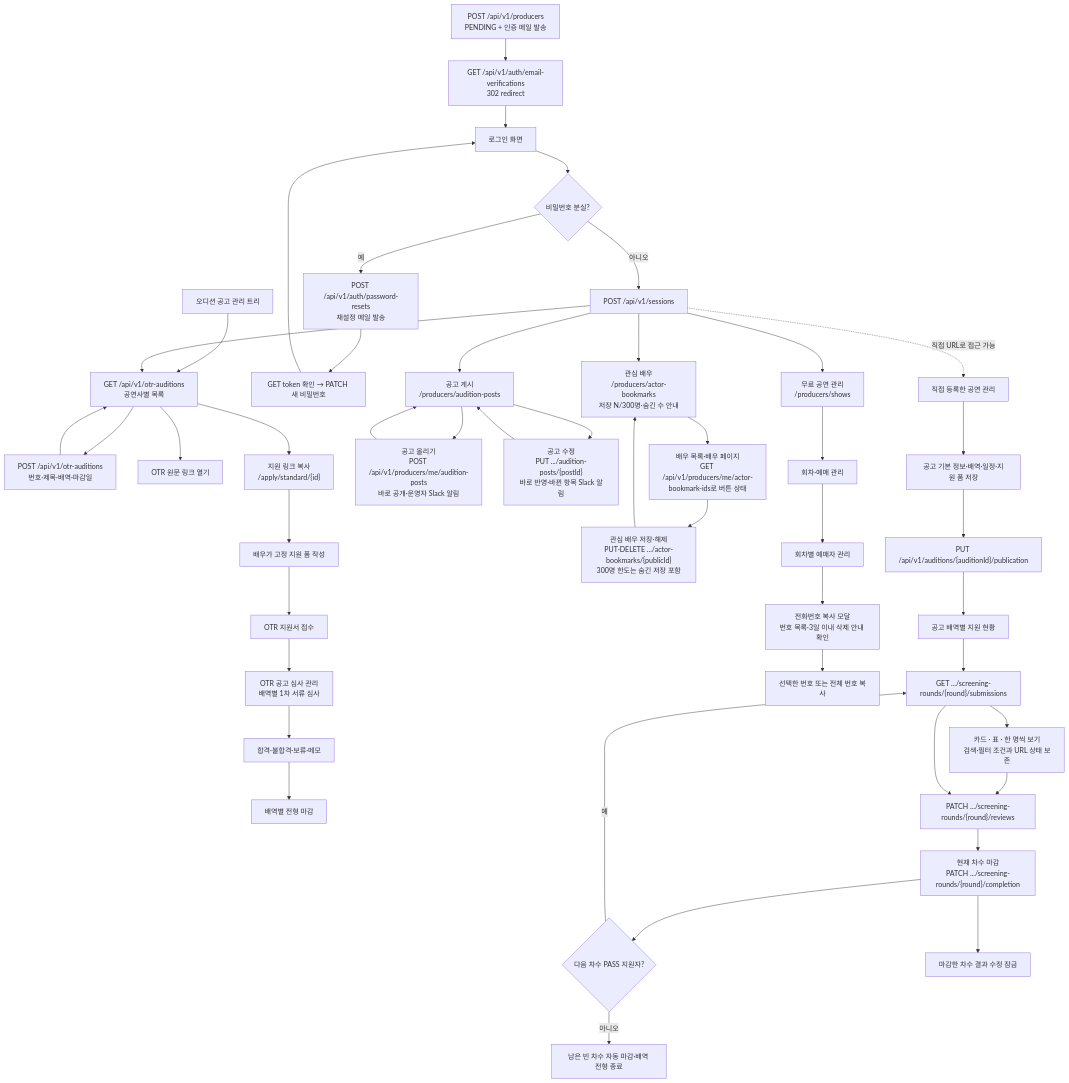
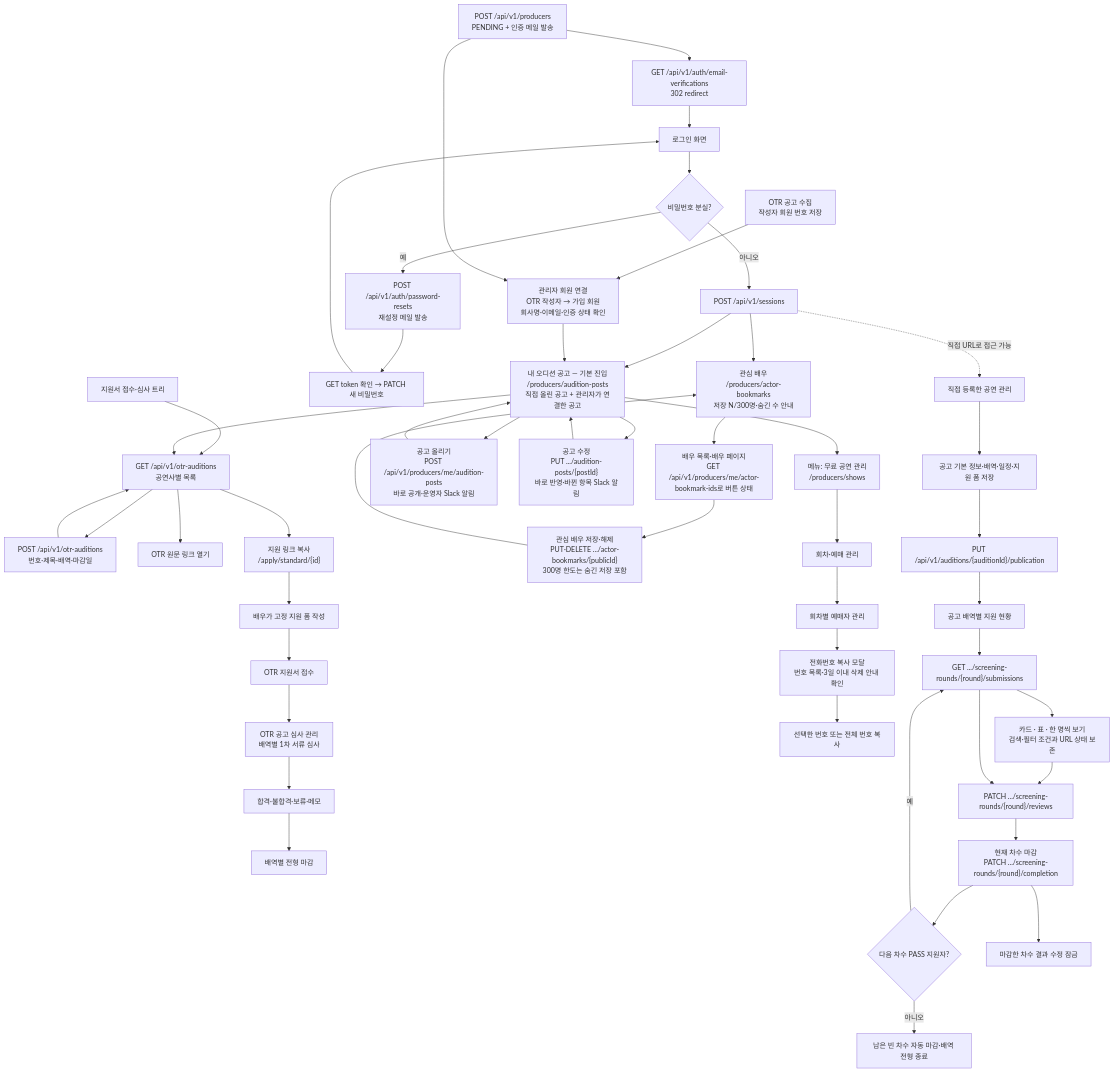
Before and after one commit to woowacourse-teams/2026-yesulin: the diagram in frontend/docs/user-flows/producer.mmd, drawn with Mermaid. The commit also changed 28 other files, not shown here.

```diff
--- a/frontend/docs/user-flows/producer.mmd
+++ b/frontend/docs/user-flows/producer.mmd
@@ -1,46 +1,49 @@
 flowchart TD
-    OTR_TREE["오디션 공고 관리 트리"] --> OTR_LIST["GET /api/v1/otr-auditions<br>공연사별 목록"]
+    OTR_TREE["지원서 접수·심사 트리"] --> OTR_LIST["GET /api/v1/otr-auditions<br>공연사별 목록"]
     OTR_LIST --> OTR_CREATE["POST /api/v1/otr-auditions<br>번호·제목·배역·마감일"]
     OTR_CREATE --> OTR_LIST
     OTR_LIST --> OTR_SOURCE["OTR 원문 링크 열기"]
     OTR_LIST --> OTR_APPLY["지원 링크 복사<br>/apply/standard/{id}"]
     OTR_APPLY --> OTR_FORM["배우가 고정 지원 폼 작성"]
     OTR_FORM --> OTR_SUBMIT["OTR 지원서 접수"]
     OTR_SUBMIT --> OTR_SCREEN["OTR 공고 심사 관리<br>배역별 1차 서류 심사"]
     OTR_SCREEN --> OTR_DECIDE["합격·불합격·보류·메모"]
     OTR_DECIDE --> OTR_CLOSE["배역별 전형 마감"]
     SIGNUP["POST /api/v1/producers<br>PENDING + 인증 메일 발송"] --> VERIFY["GET /api/v1/auth/email-verifications<br>302 redirect"]
     VERIFY --> LOGIN_FORM["로그인 화면"]
     LOGIN_FORM --> FORGOT{"비밀번호 분실?"}
     FORGOT -- 예 --> RESET_MAIL["POST /api/v1/auth/password-resets<br>재설정 메일 발송"]
     RESET_MAIL --> RESET["GET token 확인 → PATCH 새 비밀번호"]
     RESET --> LOGIN_FORM
     FORGOT -- 아니오 --> LOGIN["POST /api/v1/sessions"]
-    LOGIN --> FREE_SHOW["무료 공연 관리<br>/producers/shows"]
-    LOGIN --> OTR_LIST
-    LOGIN --> POSTS["공고 게시<br>/producers/audition-posts"]
+    LOGIN --> POSTS["내 오디션 공고 — 기본 진입<br>/producers/audition-posts<br>직접 올린 공고 + 관리자가 연결한 공고"]
+    POSTS --> FREE_SHOW["메뉴: 무료 공연 관리<br>/producers/shows"]
+    POSTS --> OTR_LIST
+    OTR_IMPORT["OTR 공고 수집<br>작성자 회원 번호 저장"] --> MEMBER_LINK["관리자 회원 연결<br>OTR 작성자 → 가입 회원<br>회사명·이메일·인증 상태 확인"]
+    SIGNUP --> MEMBER_LINK
+    MEMBER_LINK --> POSTS
     POSTS --> POST_NEW["공고 올리기<br>POST /api/v1/producers/me/audition-posts<br>바로 공개·운영자 Slack 알림"]
     POSTS --> POST_EDIT["공고 수정<br>PUT .../audition-posts/{postId}<br>바로 반영·바뀐 항목 Slack 알림"]
     POST_NEW --> POSTS
     POST_EDIT --> POSTS
     LOGIN --> BOOKMARKS["관심 배우<br>/producers/actor-bookmarks<br>저장 N/300명·숨긴 수 안내"]
     BOOKMARKS --> ACTORS["배우 목록·배우 페이지<br>GET /api/v1/producers/me/actor-bookmark-ids로 버튼 상태"]
     ACTORS --> BOOKMARK_TOGGLE["관심 배우 저장·해제<br>PUT·DELETE .../actor-bookmarks/{publicId}<br>300명 한도는 숨긴 저장 포함"]
     BOOKMARK_TOGGLE --> BOOKMARKS
     FREE_SHOW --> FREE_SESSION["회차·예매 관리"]
     FREE_SESSION --> FREE_RESERVATIONS["회차별 예매자 관리"]
     FREE_RESERVATIONS --> PHONE_LIST["전화번호 복사 모달<br>번호 목록·3일 이내 삭제 안내 확인"]
     PHONE_LIST --> PHONE_COPY["선택한 번호 또는 전체 번호 복사"]
     LOGIN -. "직접 URL로 접근 가능" .-> PERFORMANCE["직접 등록한 공연 관리"]
     PERFORMANCE --> AUDITION["공고 기본 정보·배역·일정·지원 폼 저장"]
     AUDITION --> PUBLISH["PUT /api/v1/auditions/{auditionId}/publication"]
     PUBLISH --> ROLE["공고 배역별 지원 현황"]
     ROLE --> BOARD["GET .../screening-rounds/{round}/submissions"]
     BOARD --> FOCUS["카드 · 표 · 한 명씩 보기\n검색·필터 조건과 URL 상태 보존"]
     FOCUS --> REVIEW
     BOARD --> REVIEW["PATCH .../screening-rounds/{round}/reviews"]
     REVIEW --> COMPLETE["현재 차수 마감<br>PATCH .../screening-rounds/{round}/completion"]
     COMPLETE --> NEXT{"다음 차수 PASS 지원자?"}
     NEXT -- 예 --> BOARD
     NEXT -- 아니오 --> LOCKED["남은 빈 차수 자동 마감·배역 전형 종료"]
     COMPLETE --> CURRENT_LOCKED["마감한 차수 결과 수정 잠금"]
```
